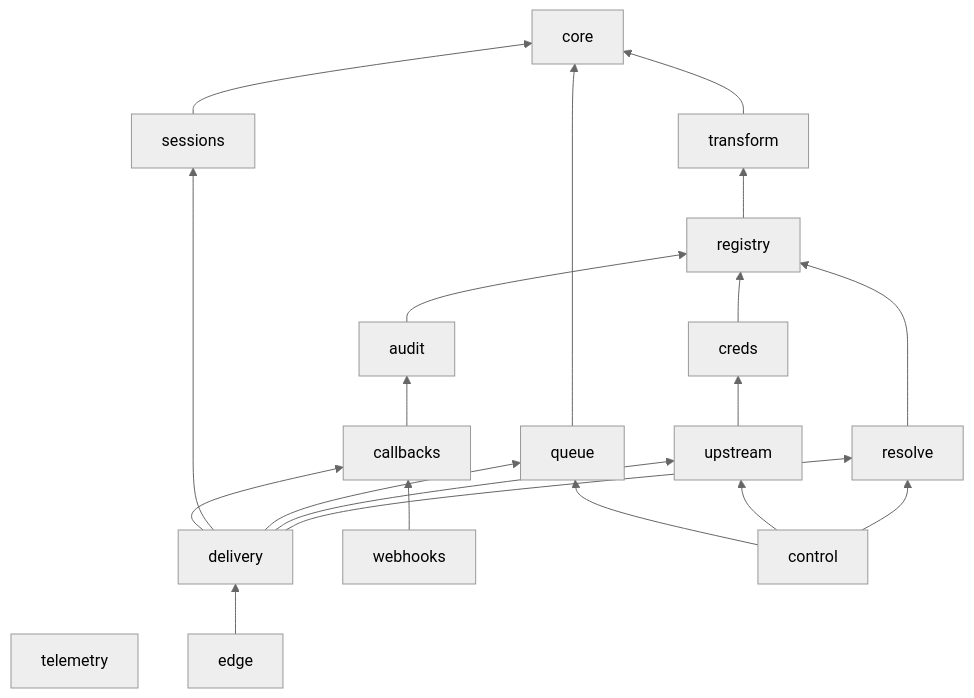
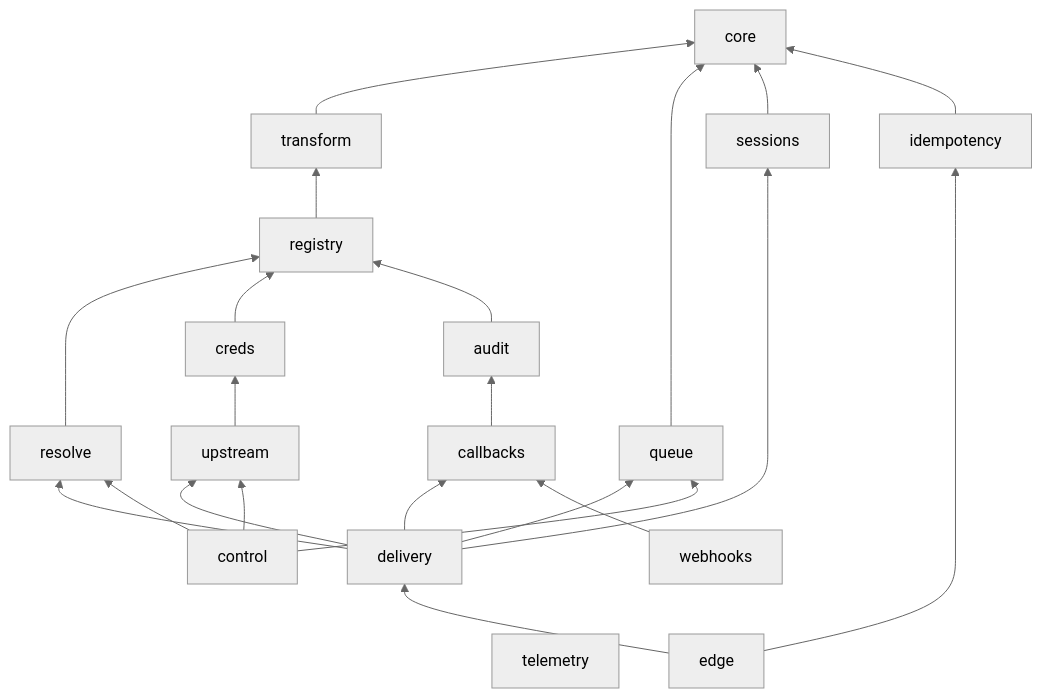
The second of 9 diagrams in docs/tech/TECH_SPEC.md (Donquixot-Doflamingo/integration-hub), drawn with Mermaid (neutral theme) before and after one commit. The commit also changed other lines of this file and 16 other files, not shown here.

````diff
--- a/docs/tech/TECH_SPEC.md
+++ b/docs/tech/TECH_SPEC.md
@@ -176,17 +177,18 @@
 ```mermaid
 flowchart BT
   telemetry & core
   transform --> core
   registry --> transform
   resolve --> registry
   creds --> registry
   audit --> registry
   queue --> core
   sessions --> core
+  idempotency --> core
   upstream --> creds
   callbacks --> audit
   delivery --> resolve & upstream & queue & sessions & callbacks
-  edge --> delivery
+  edge --> delivery & idempotency
   webhooks --> callbacks
   control --> resolve & upstream & queue
 ```
````
